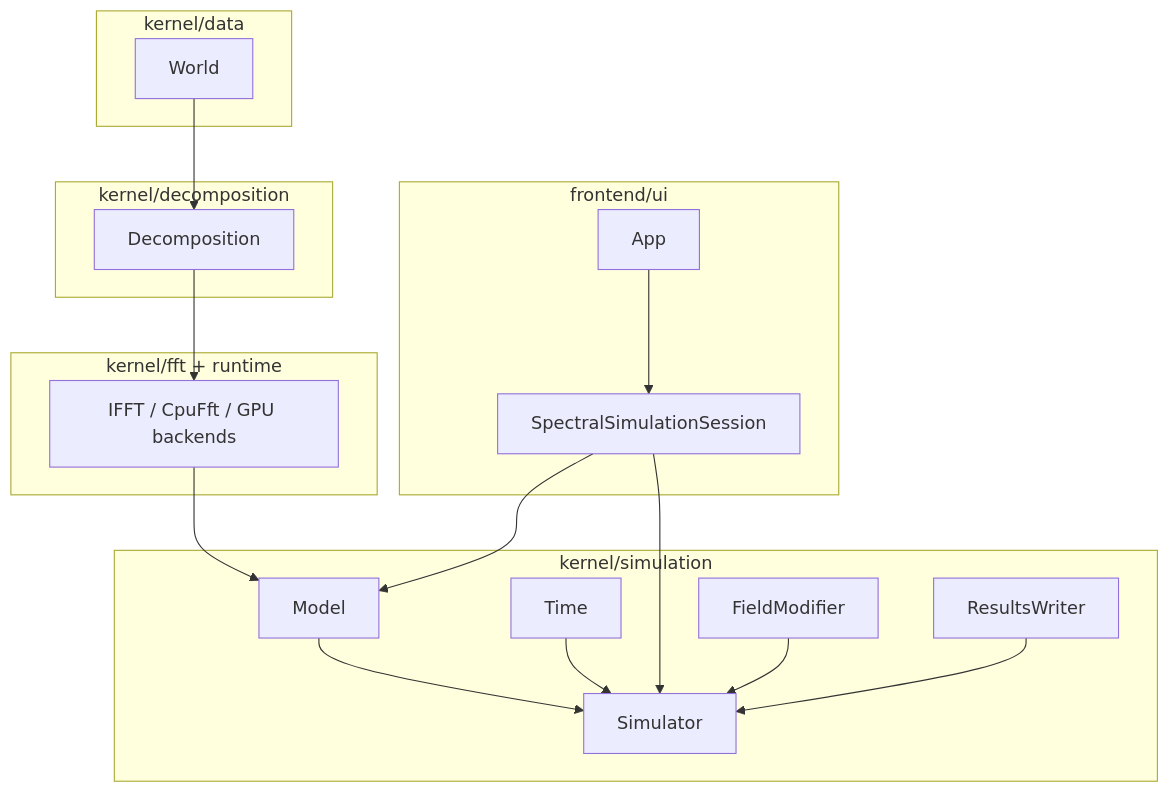
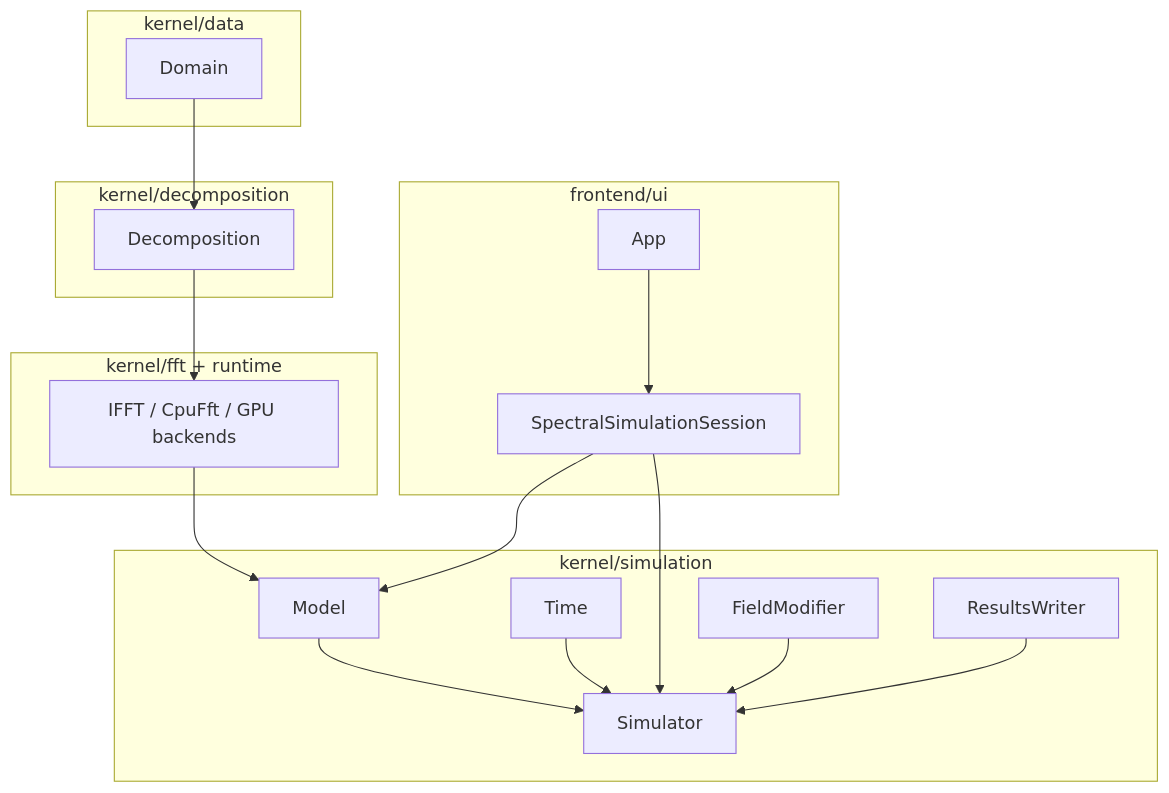
The diagram in docs/reference/class_tour.md (VTT-ProperTune/OpenPFC), drawn with Mermaid before and after one commit. The commit also changed other lines of this file and 4 other files, not shown here.

First line of the commit message:
Migrate docs/reference pages from World to Domain for current usage

````diff
--- a/docs/reference/class_tour.md
+++ b/docs/reference/class_tour.md
@@ -14,32 +14,32 @@
 ```mermaid
 flowchart TB
   subgraph data [kernel/data]
-    W[World]
+    Dm[Domain]
   end
   subgraph decomp [kernel/decomposition]
     D[Decomposition]
   end
   subgraph fft [kernel/fft + runtime]
     F[IFFT / CpuFft / GPU backends]
   end
   subgraph sim [kernel/simulation]
     M[Model]
     Tm[Time]
     Sim[Simulator]
     FM[FieldModifier]
     RW[ResultsWriter]
   end
   subgraph ui [frontend/ui]
     A[App]
     Sess[SpectralSimulationSession]
   end
-  W --> D --> F
+  Dm --> D --> F
   F --> M
   M --> Sim
   Tm --> Sim
   A --> Sess
   Sess --> M
   Sess --> Sim
   FM --> Sim
   RW --> Sim
 ```
````
